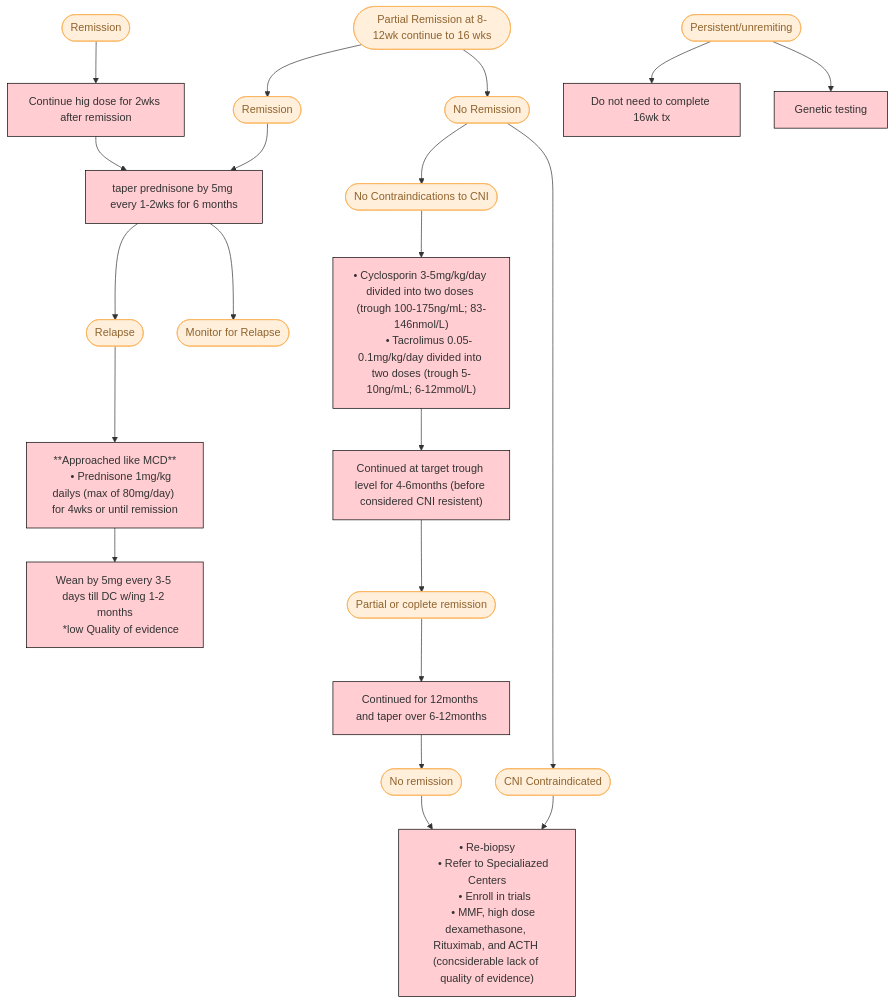
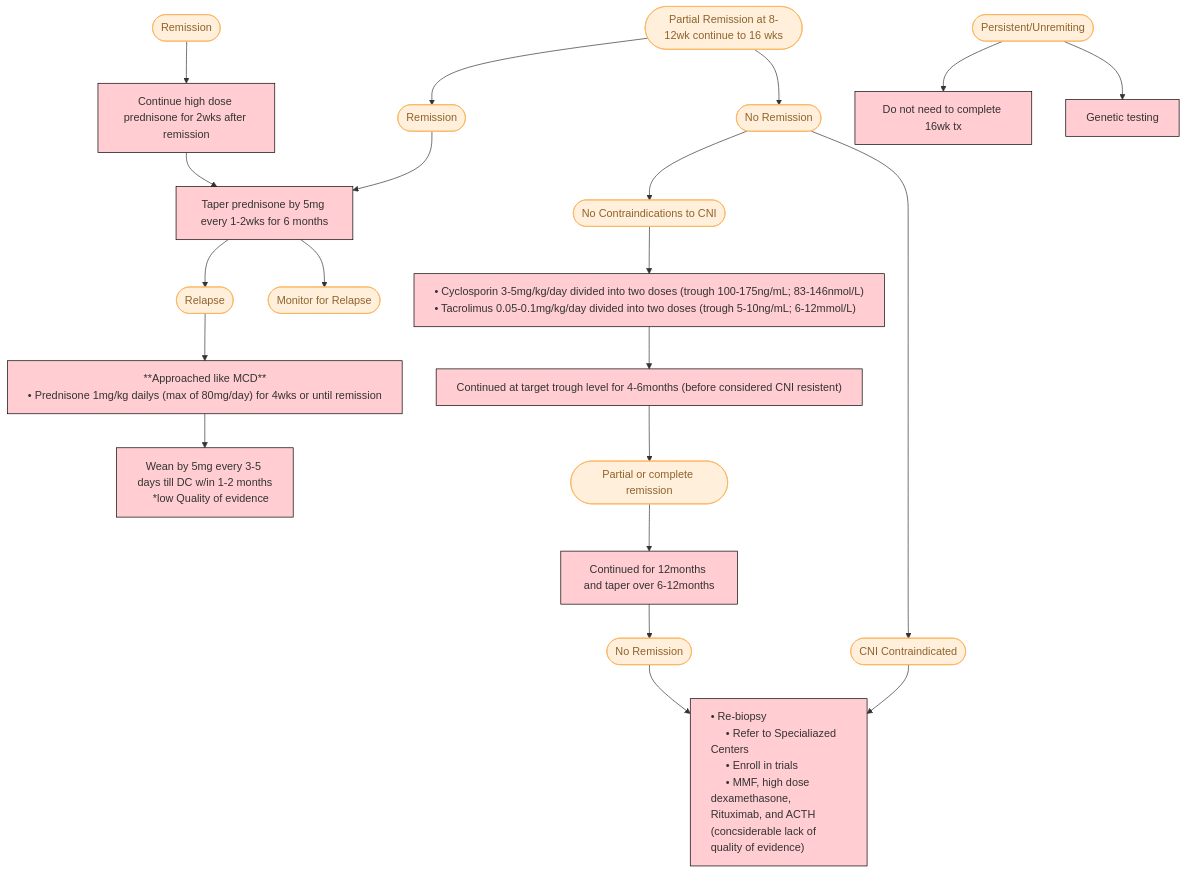
Before and after one commit to TTUNEPH2025/GN: the third of 3 diagrams in docs/FSGS.md, drawn with Mermaid.

````diff
--- a/docs/FSGS.md
+++ b/docs/FSGS.md
@@ -144,49 +144,49 @@
 ```mermaid
 flowchart TD
-    n6["Continue hig dose for 2wks after remission"] --> n7["taper prednisone by 5mg every 1-2wks for 6 months"]
+    n6["Continue high dose prednisone for 2wks after remission"] --> n7["Taper prednisone by 5mg every 1-2wks for 6 months"]
     n7 --> n8(["Relapse"]) & n9(["Monitor for Relapse"])
     n8 --> n10["**Approached like MCD**
      • Prednisone 1mg/kg dailys (max of 80mg/day) for 4wks or until remission"]
-    n10 --> n11["Wean by 5mg every 3-5 days till DC w/ing 1-2 months
+    n10 --> n11["Wean by 5mg every 3-5 days till DC w/in 1-2 months
     *low Quality of evidence"]
     n12(["Partial Remission at 8-12wk continue to 16 wks"]) --> n13(["Remission"]) & n14(["No Remission"])
     n13 --> n7
     n14 --> n21(["CNI Contraindicated"]) & n28(["No Contraindications to CNI"])
     n15["• Cyclosporin 3-5mg/kg/day divided into two doses (trough 100-175ng/mL; 83-146nmol/L)
      • Tacrolimus 0.05-0.1mg/kg/day divided into two doses (trough 5-10ng/mL; 6-12mmol/L)"] --> n16["Continued at target trough level for 4-6months (before considered CNI resistent)"]
-    n16 --> n17(["Partial or coplete remission"])
+    n16 --> n17(["Partial or complete remission"])
     n17 --> n18["Continued for 12months and taper over 6-12months"]
-    n18 --> n19(["No remission"])
+    n18 --> n19(["No Remission"])
     n19 --> n20["• Re-biopsy
      • Refer to Specialiazed Centers
      • Enroll in trials
      • MMF, high dose dexamethasone, Rituximab, and ACTH (concsiderable lack of quality of evidence)"]
     n21 --> n20
-    n22(["Persistent/unremiting"]) --> n30["Do not need to complete 16wk tx"] & n23["Genetic testing"]
+    n22(["Persistent/Unremiting"]) --> n30["Do not need to complete 16wk tx"] & n23["Genetic testing"]
     n28 --> n15
     n29(["Remission"]) --> n6
      n8:::Peach
      n9:::Peach
      n12:::Peach
      n13:::Peach
      n14:::Peach
      n21:::Peach
      n28:::Peach
      n17:::Peach
      n19:::Peach
      n22:::Peach
      n23:::Class_01
      n29:::Peach
     classDef Peach stroke-width:1px, stroke-dasharray:none, stroke:#FBB35A, fill:#FFEFDB, color:#8F632D
     classDef Class_01 fill:#FFCDD2
     style n6 fill:#FFCDD2,stroke:#000000
     style n7 fill:#FFCDD2,stroke:#000000
-    style n10 fill:#FFCDD2,stroke:#000000
+    style n10 fill:#FFCDD2,stroke:#000000,white-space:nowrap
     style n11 fill:#FFCDD2,stroke:#000000
-    style n15 fill:#FFCDD2,stroke:#000000
-    style n16 fill:#FFCDD2,stroke:#000000
+    style n15 fill:#FFCDD2,stroke:#000000,text-align:left,white-space:nowrap
+    style n16 fill:#FFCDD2,stroke:#000000,text-align:left,white-space:nowrap
     style n18 fill:#FFCDD2,stroke:#000000
-    style n20 fill:#FFCDD2,stroke:#000000
+    style n20 fill:#FFCDD2,stroke:#000000,text-align:left
     style n30 fill:#FFCDD2,stroke:#000000
     style n23 stroke:#000000
 ```
````
